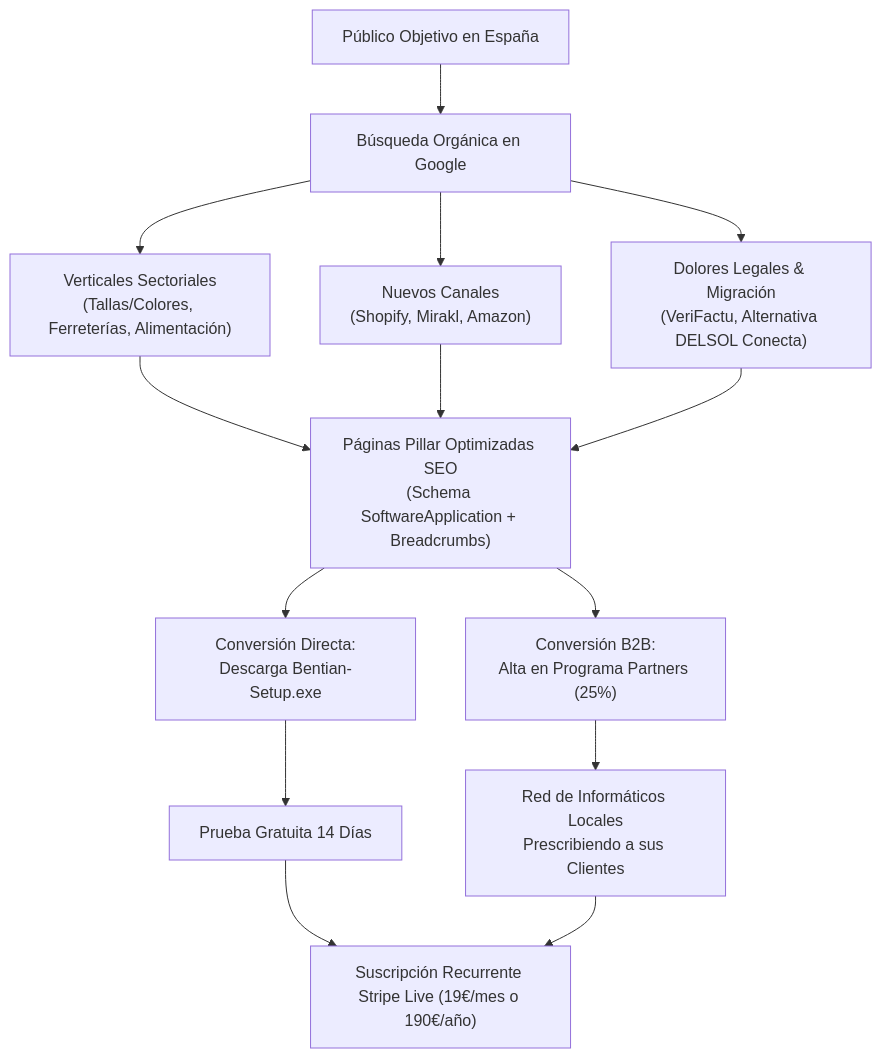
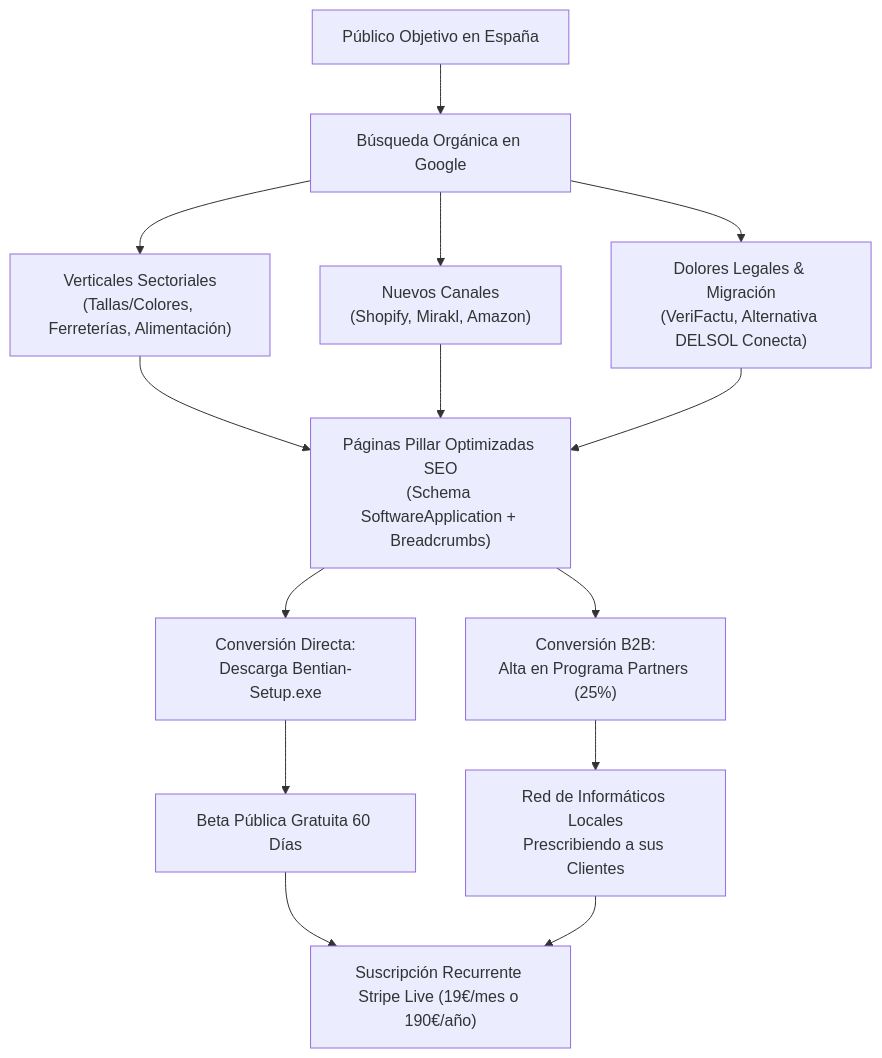
Before and after one commit to CristianJimenezMartinez/erp-bridge: the diagram in docs/ESTRATEGIA_DOMINIO_ORGANICO_B2B.md, drawn with Mermaid. The commit also changed other lines of this file and 1 other file, not shown here.

Commit message:
docs(audit): unify 60-day beta in llms-full.txt and b2b strategy guide

````diff
--- a/docs/ESTRATEGIA_DOMINIO_ORGANICO_B2B.md
+++ b/docs/ESTRATEGIA_DOMINIO_ORGANICO_B2B.md
@@ -190,21 +190,21 @@
 ```mermaid
 flowchart TD
     A["Público Objetivo en España"] --> B["Búsqueda Orgánica en Google"]
     
     B --> C1["Verticales Sectoriales<br/>(Tallas/Colores, Ferreterías, Alimentación)"]
     B --> C2["Nuevos Canales<br/>(Shopify, Mirakl, Amazon)"]
     B --> C3["Dolores Legales & Migración<br/>(VeriFactu, Alternativa DELSOL Conecta)"]
     
     C1 --> D["Páginas Pillar Optimizadas SEO<br/>(Schema SoftwareApplication + Breadcrumbs)"]
     C2 --> D
     C3 --> D
     
     D --> E["Conversión Directa:<br/>Descarga Bentian-Setup.exe"]
     D --> F["Conversión B2B:<br/>Alta en Programa Partners (25%)"]
     
-    E --> G["Prueba Gratuita 14 Días"]
+    E --> G["Beta Pública Gratuita 60 Días"]
     F --> H["Red de Informáticos Locales<br/>Prescribiendo a sus Clientes"]
     
     G --> I["Suscripción Recurrente Stripe Live (19€/mes o 190€/año)"]
     H --> I
 ```
````
